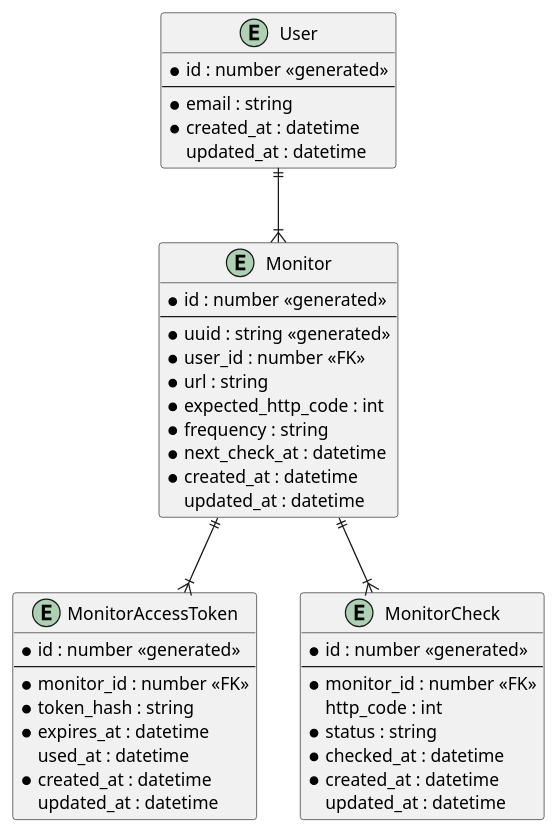
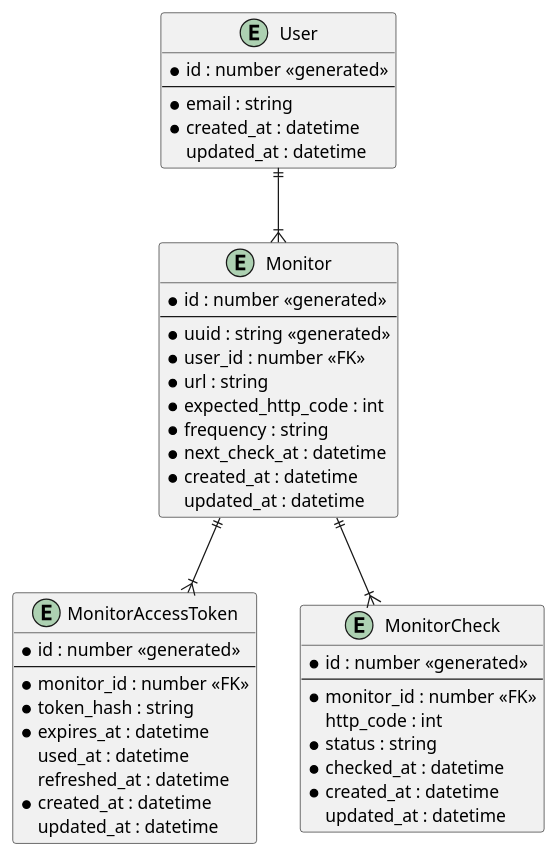
Before and after one commit to julien-gassmann/url-monitor: the diagram in documents/UML/diagram_entity_relation.puml, drawn with PlantUML. The commit also changed 18 other files, not shown here.

```diff
--- a/documents/UML/diagram_entity_relation.puml
+++ b/documents/UML/diagram_entity_relation.puml
@@ -1,50 +1,51 @@
 @startuml
 top to bottom direction
 
 entity "User" {
   *id : number <<generated>>
   --
   *email : string
   *created_at : datetime
   updated_at : datetime
 }
 
 entity "Monitor" {
   *id : number <<generated>>
   --
   *uuid : string <<generated>>
   *user_id : number <<FK>>
   *url : string
   *expected_http_code : int
   *frequency : string
   *next_check_at : datetime
   *created_at : datetime
   updated_at : datetime
 }
 
 entity "MonitorAccessToken" {
   *id : number <<generated>>
   --
   *monitor_id : number <<FK>>
   *token_hash : string
   *expires_at : datetime
   used_at : datetime
+  refreshed_at : datetime
   *created_at : datetime
   updated_at : datetime
 }
 
 entity "MonitorCheck" {
   *id : number <<generated>>
   --
   *monitor_id : number <<FK>>
   http_code : int
   *status : string
   *checked_at : datetime
   *created_at : datetime
   updated_at : datetime
 }
 
 User ||--|{ Monitor
 Monitor ||--|{ MonitorCheck
 Monitor ||--|{ MonitorAccessToken
 @enduml
```
